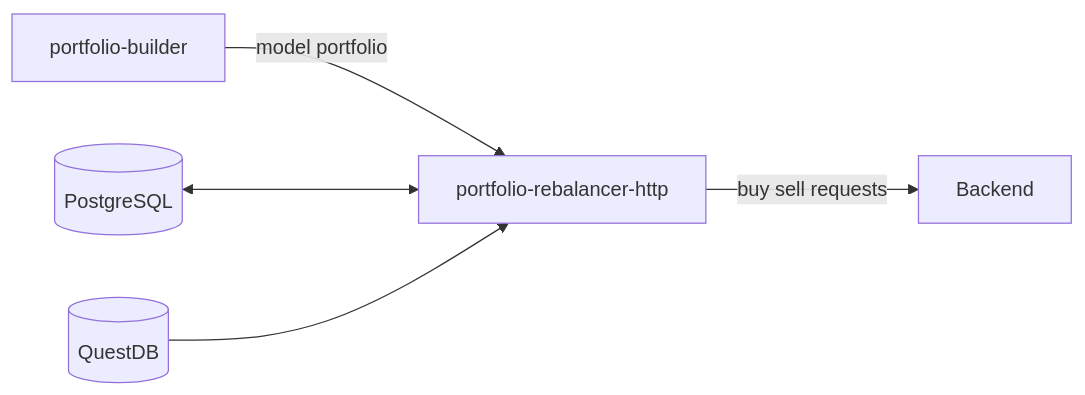
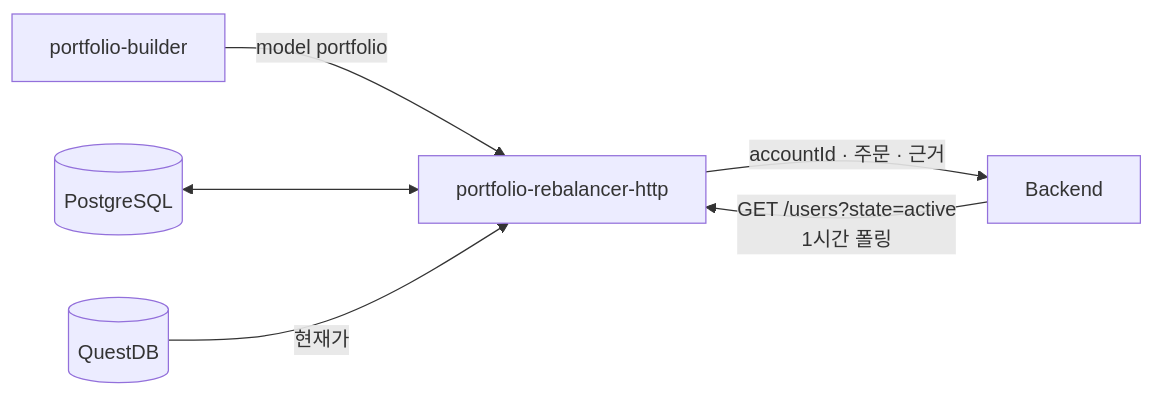
The first of 3 diagrams in docs/superpowers/specs/2026-09-28-portfolio-rebalancer-design.md (100-hours-a-week/KTB4-11th-AI), drawn with Mermaid before and after one commit. The commit also changed other lines of this file, not shown here.

````diff
--- a/docs/superpowers/specs/2026-09-28-portfolio-rebalancer-design.md
+++ b/docs/superpowers/specs/2026-09-28-portfolio-rebalancer-design.md
@@ -35,7 +35,8 @@
 ```mermaid
 flowchart LR
   PB[portfolio-builder] -->|model portfolio| PRH[portfolio-rebalancer-http]
   PG[(PostgreSQL)] <--> PRH
-  QDB[(QuestDB)] --> PRH
-  PRH -->|buy sell requests| BE[Backend]
+  QDB[(QuestDB)] -->|현재가| PRH
+  BE[Backend] -->|GET /users?state=active\n1시간 폴링| PRH
+  PRH -->|accountId · 주문 · 근거| BE
 ```
````
